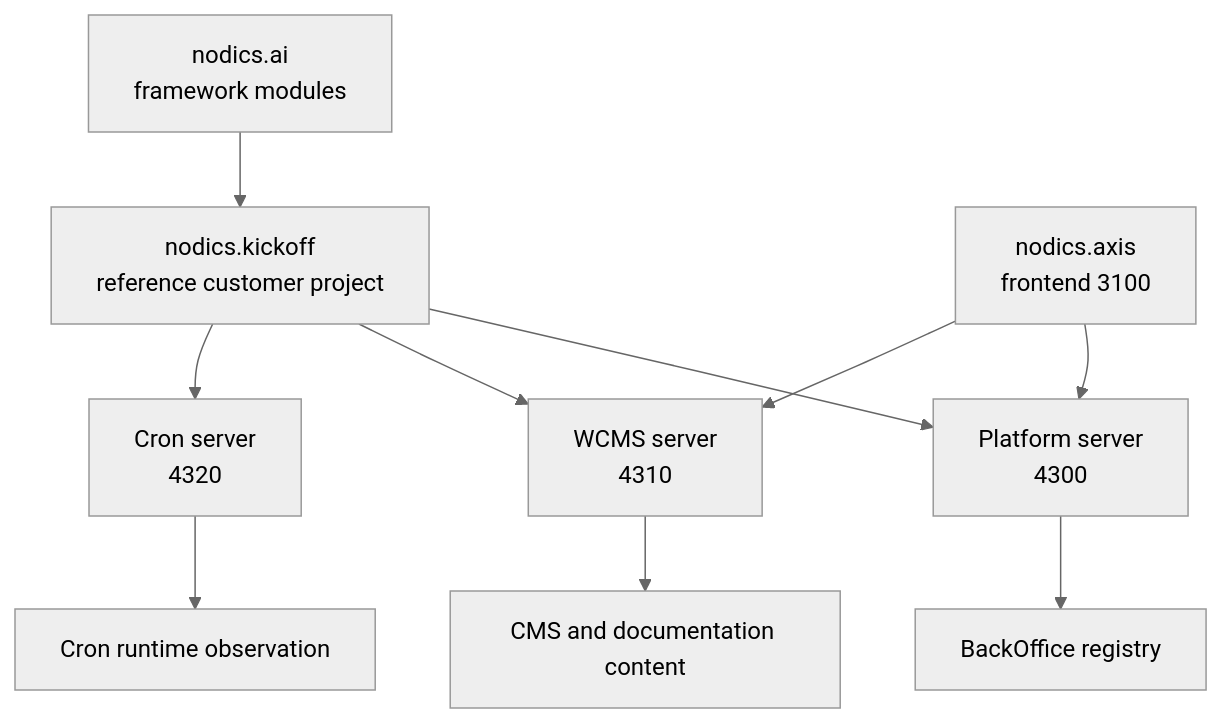
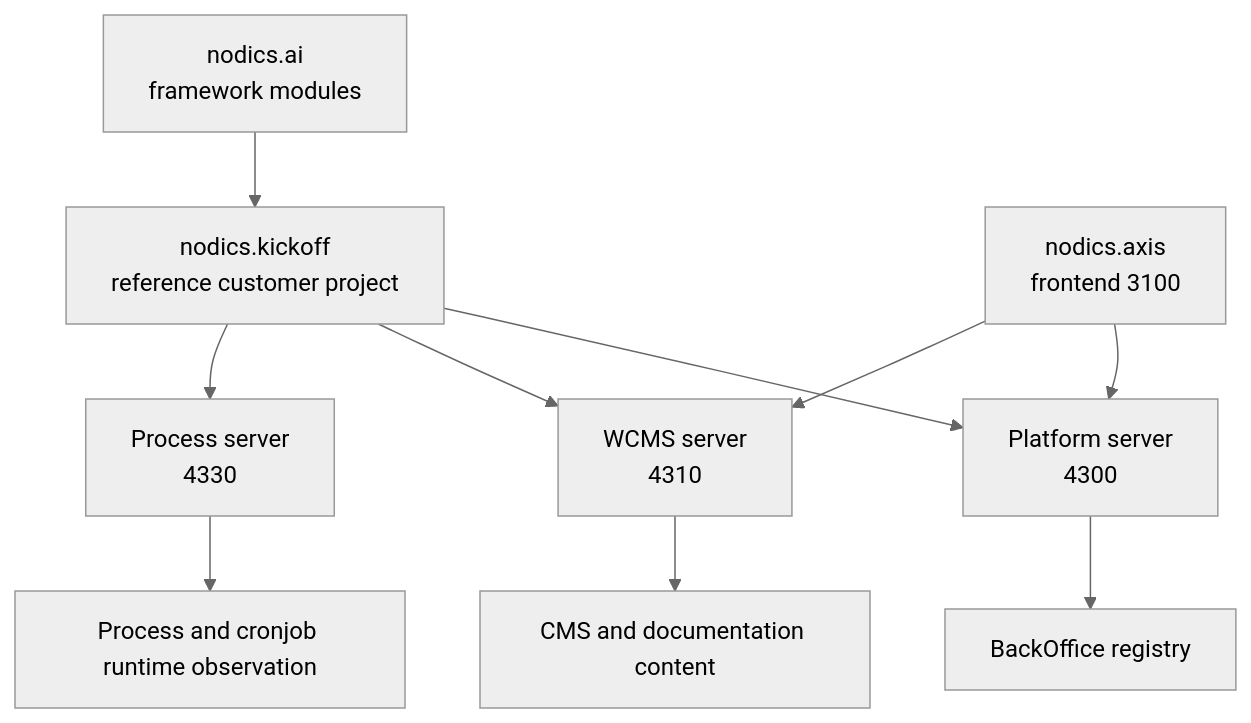
The first of 3 diagrams in nodics.docs/docs/pages/framework/local-quick-start.md (Nodics/nodics.ai), drawn with Mermaid (neutral theme) before and after one commit. The commit also changed 43 other files, not shown here.

````diff
--- a/nodics.docs/docs/pages/framework/local-quick-start.md
+++ b/nodics.docs/docs/pages/framework/local-quick-start.md
@@ -29,12 +29,12 @@
 ```mermaid
 flowchart TB
   AI["nodics.ai<br/>framework modules"] --> Kickoff["nodics.kickoff<br/>reference customer project"]
   Kickoff --> Platform["Platform server<br/>4300"]
   Kickoff --> WCMS["WCMS server<br/>4310"]
-  Kickoff --> Cron["Cron server<br/>4320"]
+  Kickoff --> Process["Process server<br/>4330"]
   Axis["nodics.axis<br/>frontend 3100"] --> Platform
   Axis --> WCMS
   Platform --> Registry["BackOffice registry"]
   WCMS --> Content["CMS and documentation content"]
-  Cron --> Jobs["Cron runtime observation"]
+  Process --> Jobs["Process and cronjob runtime observation"]
 ```
````
